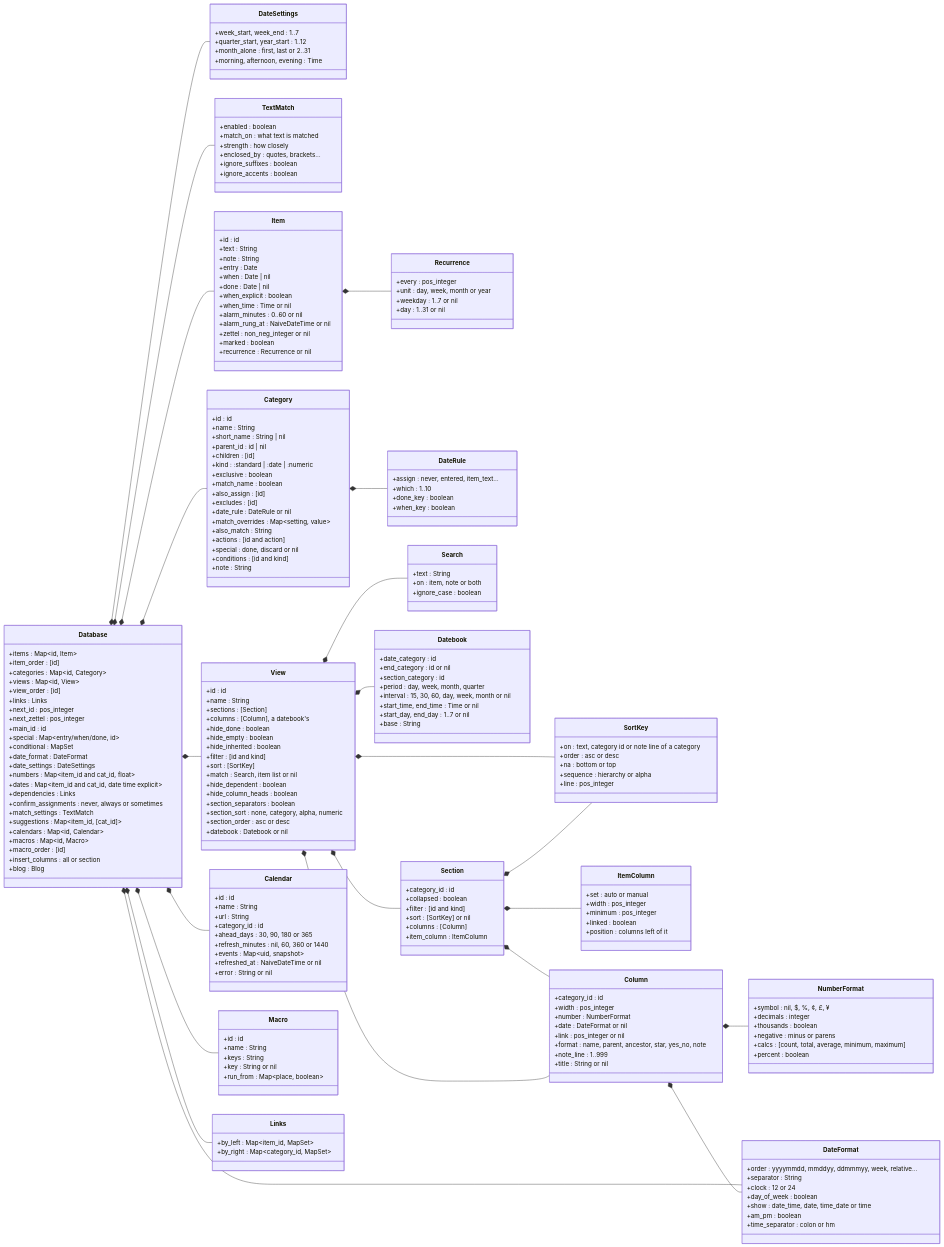
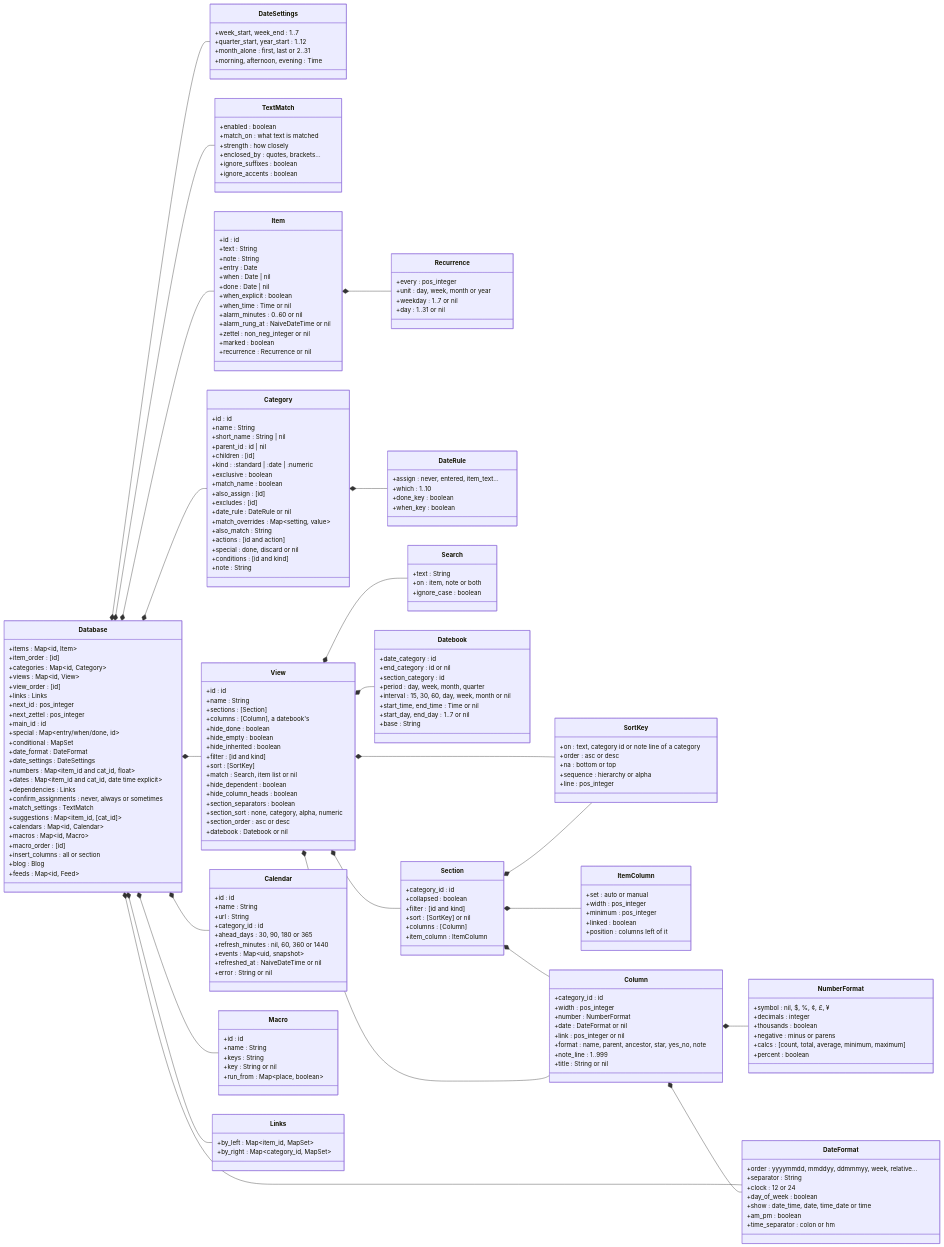
The second of 6 diagrams in docs/DATA_MODEL.md (jamting/agendum), drawn with Mermaid before and after one commit. The commit also changed other lines of this file and 26 other files, not shown here.

```diff
--- a/docs/DATA_MODEL.md
+++ b/docs/DATA_MODEL.md
@@ -173,6 +174,7 @@
         +macro_order : [id]
         +insert_columns : all or section
         +blog : Blog
+        +feeds : Map~id, Feed~
     }
     class DateFormat {
         +order : yyyymmdd, mmddyy, ddmmmyy, week, relative…
```
